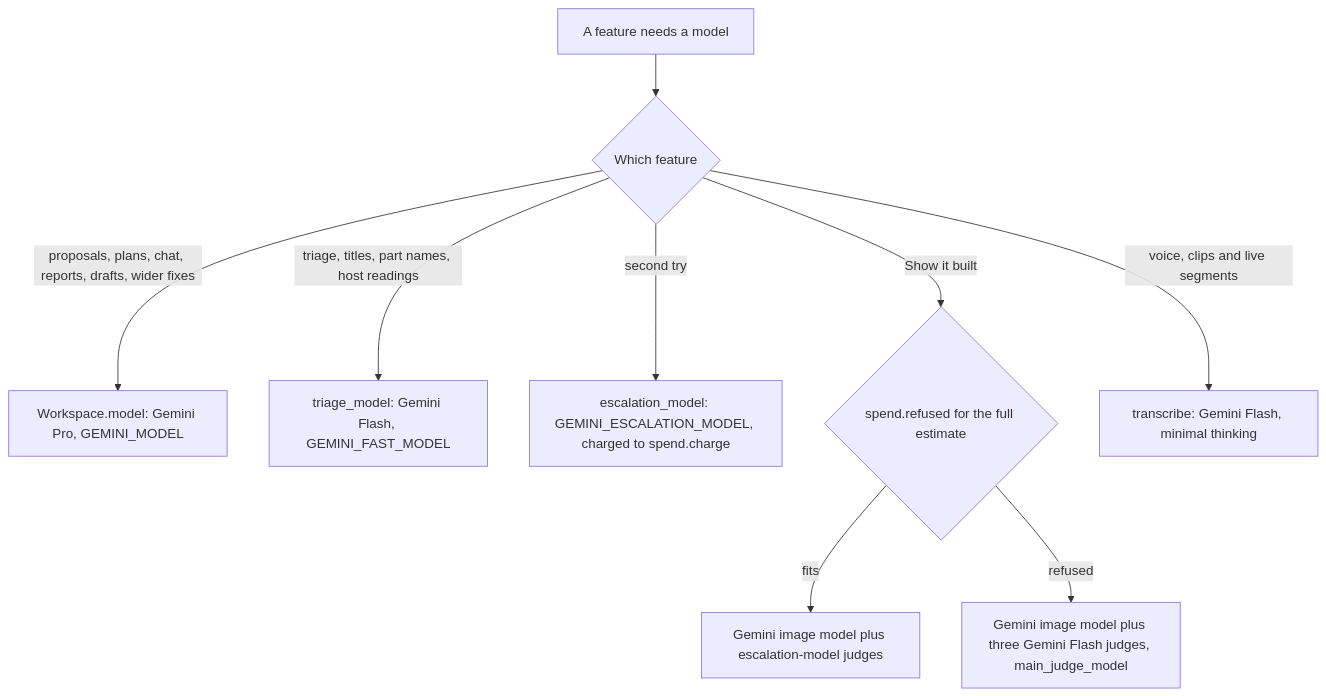
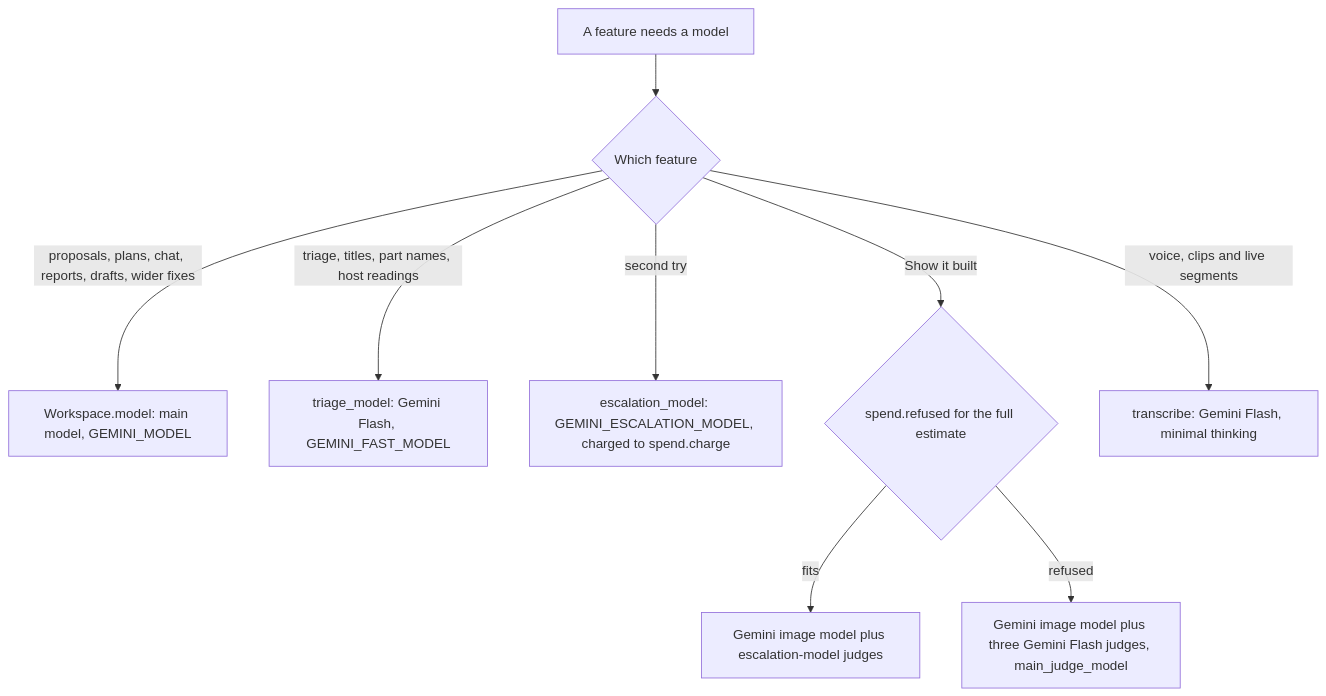
The first of 3 diagrams in docs/architecture/08-ai-models-prompts-and-spend.md (Saravana-Rajan/IRIS), drawn with Mermaid before and after one commit. The commit also changed other lines of this file and 22 other files, not shown here.

````diff
--- a/docs/architecture/08-ai-models-prompts-and-spend.md
+++ b/docs/architecture/08-ai-models-prompts-and-spend.md
@@ -83,11 +95,11 @@
 ```mermaid
 flowchart TD
     feature["A feature needs a model"] --> kind{"Which feature"}
-    kind -->|"proposals, plans, chat, reports, drafts, wider fixes"| pro["Workspace.model: Gemini Pro, GEMINI_MODEL"]
+    kind -->|"proposals, plans, chat, reports, drafts, wider fixes"| pro["Workspace.model: main model, GEMINI_MODEL"]
     kind -->|"triage, titles, part names, host readings"| flash["triage_model: Gemini Flash, GEMINI_FAST_MODEL"]
     kind -->|"second try"| esc["escalation_model: GEMINI_ESCALATION_MODEL, charged to spend.charge"]
     kind -->|"Show it built"| budget{"spend.refused for the full estimate"}
     budget -->|"fits"| escJudge["Gemini image model plus escalation-model judges"]
     budget -->|"refused"| fastJudge["Gemini image model plus three Gemini Flash judges, main_judge_model"]
     kind -->|"voice, clips and live segments"| voice["transcribe: Gemini Flash, minimal thinking"]
 ```
````
